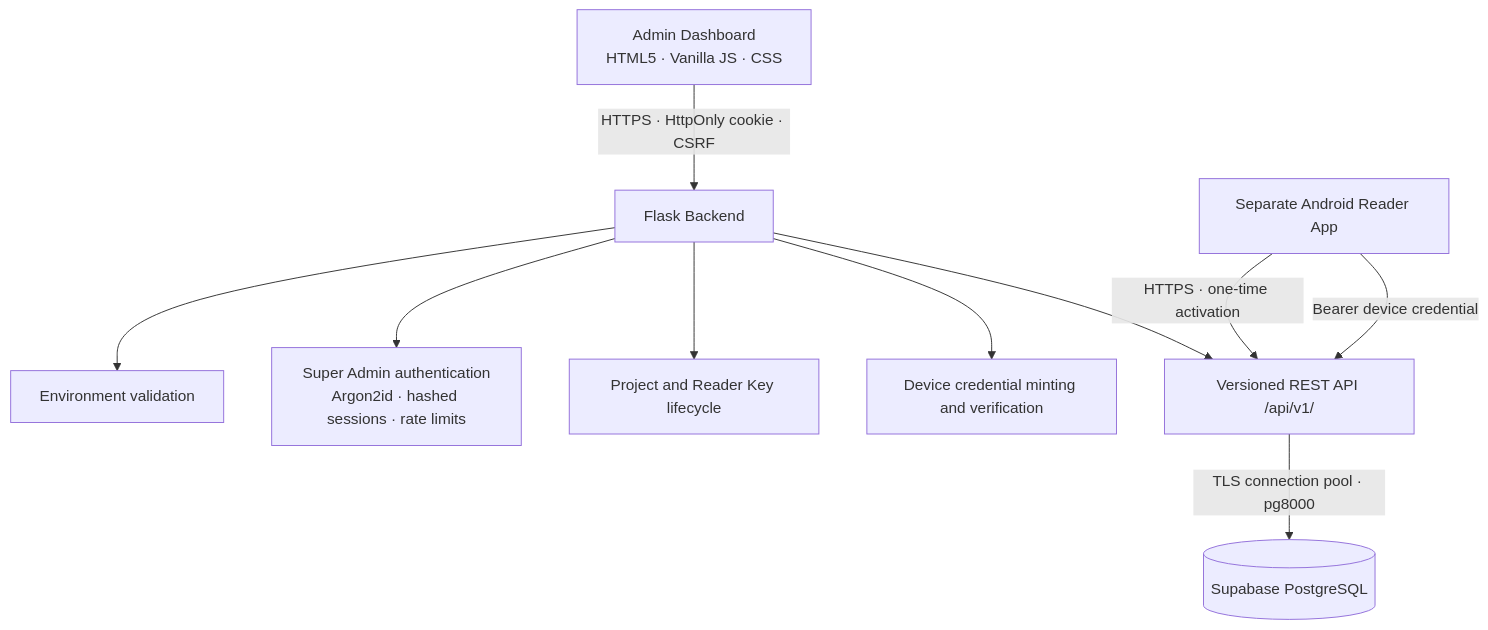
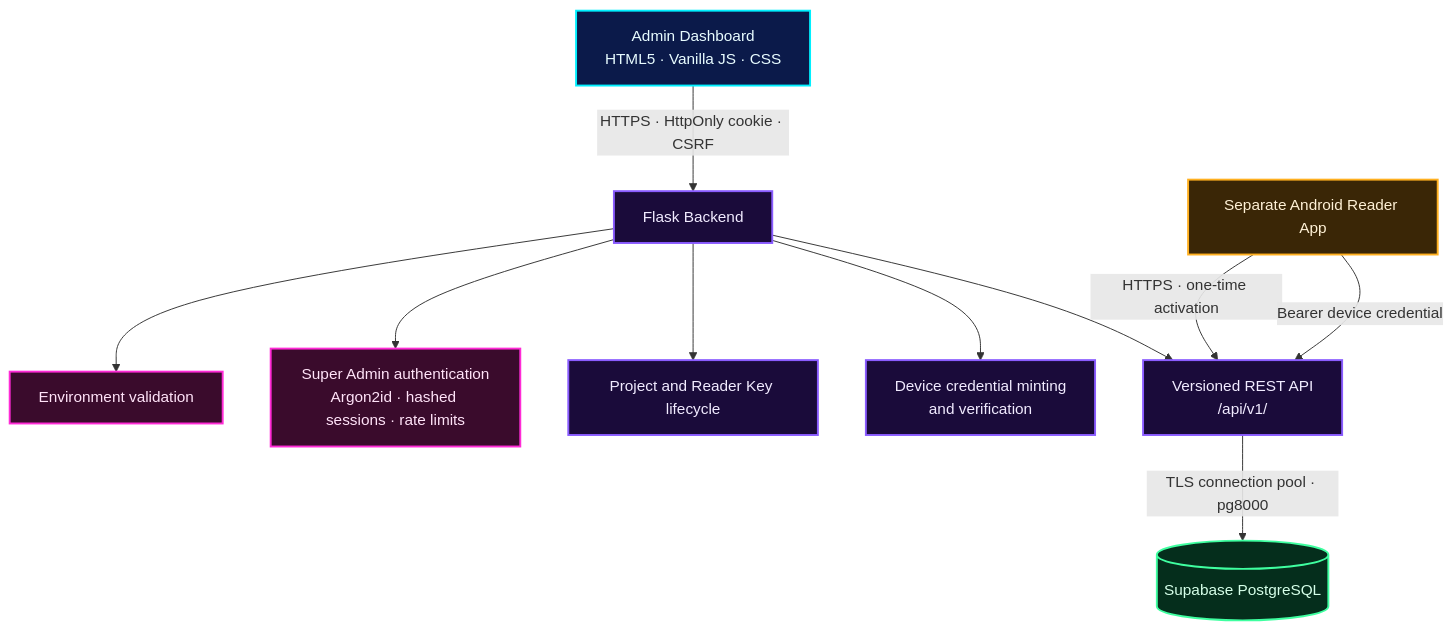
The third of 23 diagrams in README.md (shajeduzzamanenan992008inc/NexOra-Database-key-Gen), drawn with Mermaid before and after one commit. The commit also changed other lines of this file, not shown here.

````diff
--- a/README.md
+++ b/README.md
@@ -72,12 +467,19 @@
 ```mermaid
 flowchart TD
-    A[Admin Dashboard\nHTML5 · Vanilla JS · CSS] -->|HTTPS · HttpOnly cookie · CSRF| B[Flask Backend]
-    B --> C[Environment validation]
-    B --> D[Super Admin authentication\nArgon2id · hashed sessions · rate limits]
-    B --> E[Project and Reader Key lifecycle]
-    B --> F[Device credential minting and verification]
-    B --> G[Versioned REST API /api/v1/]
-    G -->|TLS connection pool · pg8000| H[(Supabase PostgreSQL)]
-    I[Separate Android Reader App] -->|HTTPS · one-time activation| G
-    I -->|Bearer device credential| G
+    A["Admin Dashboard<br/>HTML5 · Vanilla JS · CSS"]:::admin -->|"HTTPS · HttpOnly cookie · CSRF"| B["Flask Backend"]:::core
+    B --> C["Environment validation"]:::sec
+    B --> D["Super Admin authentication<br/>Argon2id · hashed sessions · rate limits"]:::sec
+    B --> E["Project and Reader Key lifecycle"]:::core
+    B --> F["Device credential minting<br/>and verification"]:::core
+    B --> G["Versioned REST API<br/>/api/v1/"]:::core
+    G -->|"TLS connection pool · pg8000"| H[("Supabase PostgreSQL")]:::data
+    I["Separate Android Reader App"]:::ext -->|"HTTPS · one-time activation"| G
+    I -->|"Bearer device credential"| G
+    classDef admin fill:#0b1a4a,stroke:#00f0ff,stroke-width:2px,color:#e8fcff;
+    classDef core fill:#1a0b3a,stroke:#8a5cff,stroke-width:2px,color:#f1ebff;
+    classDef data fill:#052e1c,stroke:#3fffa0,stroke-width:2px,color:#d6ffe9;
+    classDef ext fill:#3a2606,stroke:#ffb020,stroke-width:2px,color:#fff1d6;
+    classDef sec fill:#3a0b2c,stroke:#ff2bd6,stroke-width:2px,color:#ffe3f8;
+    classDef bad fill:#3a0b0b,stroke:#ff5c5c,stroke-width:2px,color:#ffe3e3;
+    classDef dec fill:#0a1236,stroke:#8fb4ff,stroke-width:2px,color:#e8f0ff;
 ```
````
